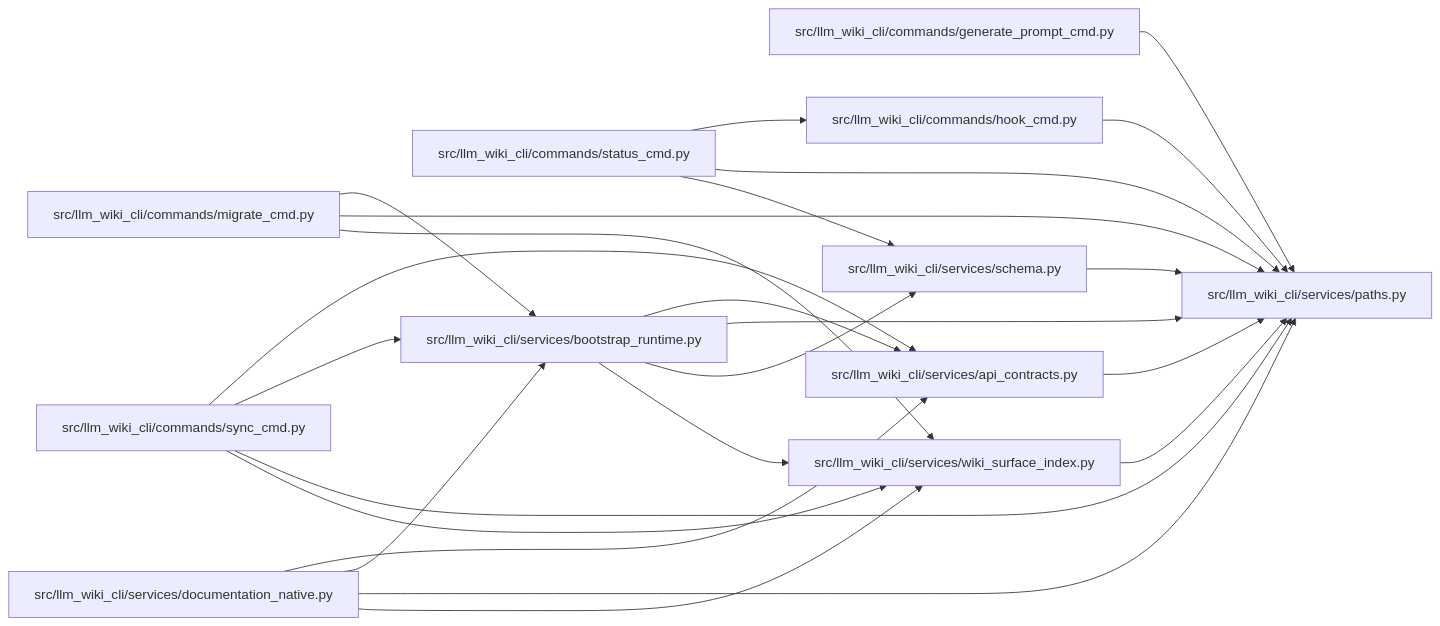
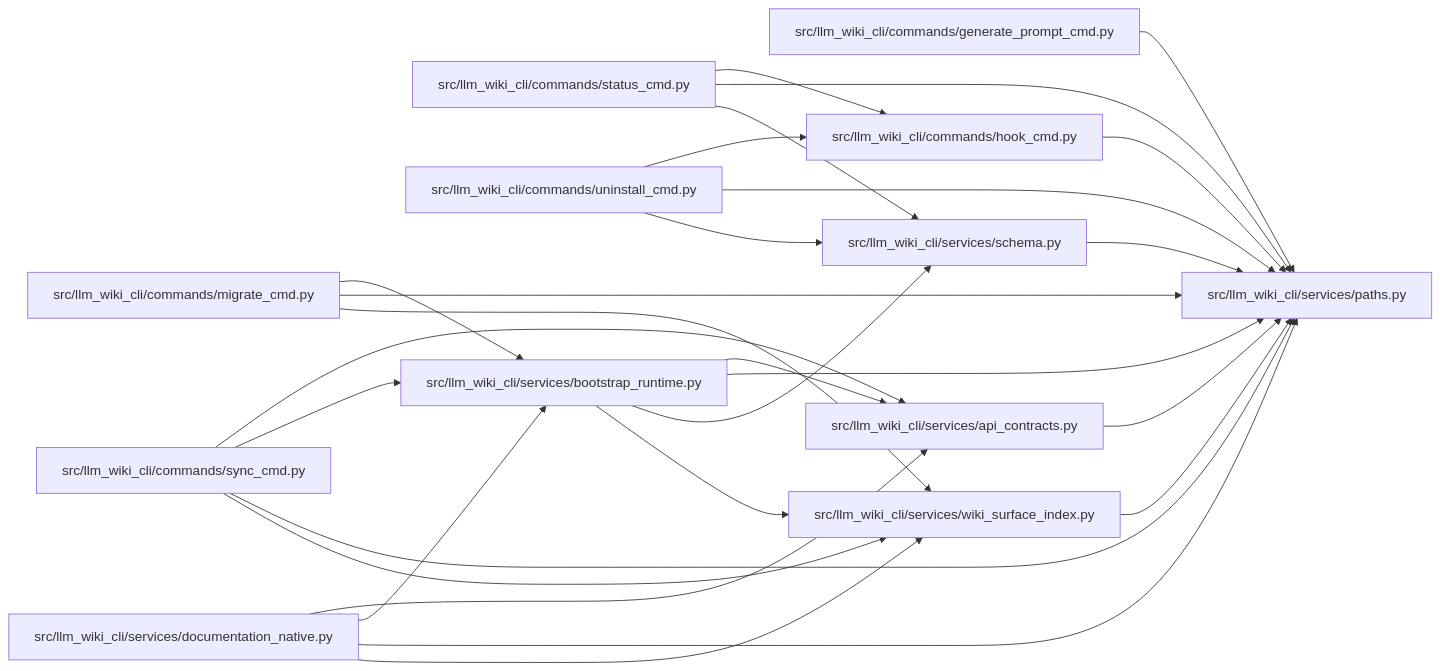
Before and after one commit to Denissvgn/python-wiki-llm: the diagram in docs/llm_wiki/modules/paths.md, drawn with Mermaid. The commit also changed other lines of this file and 27 other files, not shown here.

````diff
--- a/docs/llm_wiki/modules/paths.md
+++ b/docs/llm_wiki/modules/paths.md
@@ -20,48 +20,53 @@
 ```mermaid
 flowchart LR
     n0["src/llm_wiki_cli/commands/generate_prompt_cmd.py"]
     n1["src/llm_wiki_cli/commands/hook_cmd.py"]
     n2["src/llm_wiki_cli/commands/migrate_cmd.py"]
     n3["src/llm_wiki_cli/commands/status_cmd.py"]
     n4["src/llm_wiki_cli/commands/sync_cmd.py"]
-    n5["src/llm_wiki_cli/services/api_contracts.py"]
-    n6["src/llm_wiki_cli/services/bootstrap_runtime.py"]
-    n7["src/llm_wiki_cli/services/documentation_native.py"]
-    n8["src/llm_wiki_cli/services/paths.py"]
-    n9["src/llm_wiki_cli/services/schema.py"]
-    n10["src/llm_wiki_cli/services/wiki_surface_index.py"]
-    n0 --> n8
-    n1 --> n8
-    n2 --> n6
-    n2 --> n8
-    n2 --> n10
+    n5["src/llm_wiki_cli/commands/uninstall_cmd.py"]
+    n6["src/llm_wiki_cli/services/api_contracts.py"]
+    n7["src/llm_wiki_cli/services/bootstrap_runtime.py"]
+    n8["src/llm_wiki_cli/services/documentation_native.py"]
+    n9["src/llm_wiki_cli/services/paths.py"]
+    n10["src/llm_wiki_cli/services/schema.py"]
+    n11["src/llm_wiki_cli/services/wiki_surface_index.py"]
+    n0 --> n9
+    n1 --> n9
+    n2 --> n7
+    n2 --> n9
+    n2 --> n11
     n3 --> n1
-    n3 --> n8
     n3 --> n9
-    n4 --> n5
+    n3 --> n10
     n4 --> n6
-    n4 --> n8
-    n4 --> n10
-    n5 --> n8
-    n6 --> n5
-    n6 --> n8
+    n4 --> n7
+    n4 --> n9
+    n4 --> n11
+    n5 --> n1
+    n5 --> n9
+    n5 --> n10
     n6 --> n9
-    n6 --> n10
-    n7 --> n5
     n7 --> n6
-    n7 --> n8
+    n7 --> n9
     n7 --> n10
-    n9 --> n8
-    n10 --> n8
+    n7 --> n11
+    n8 --> n6
+    n8 --> n7
+    n8 --> n9
+    n8 --> n11
+    n10 --> n9
+    n11 --> n9
     click n0 "../modules/generate_prompt_cmd.md"
     click n1 "../modules/hook_cmd.md"
     click n2 "../modules/migrate_cmd.md"
     click n3 "../modules/status_cmd.md"
     click n4 "../modules/sync_cmd.md"
-    click n5 "../modules/api_contracts.md"
-    click n6 "../modules/bootstrap_runtime.md"
-    click n7 "../modules/documentation_native.md"
-    click n8 "../modules/paths.md"
-    click n9 "../modules/services_schema.md"
-    click n10 "../modules/wiki_surface_index.md"
+    click n5 "../modules/uninstall_cmd.md"
+    click n6 "../modules/api_contracts.md"
+    click n7 "../modules/bootstrap_runtime.md"
+    click n8 "../modules/documentation_native.md"
+    click n9 "../modules/paths.md"
+    click n10 "../modules/services_schema.md"
+    click n11 "../modules/wiki_surface_index.md"
 ```
````
